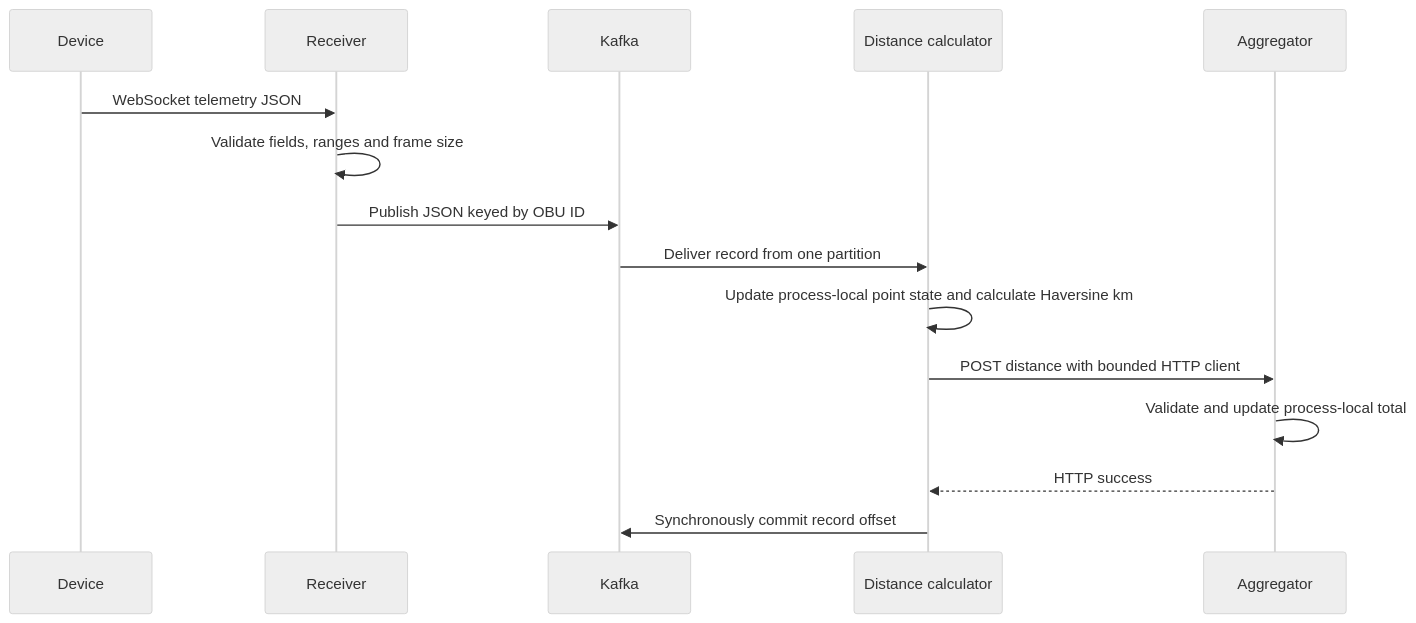
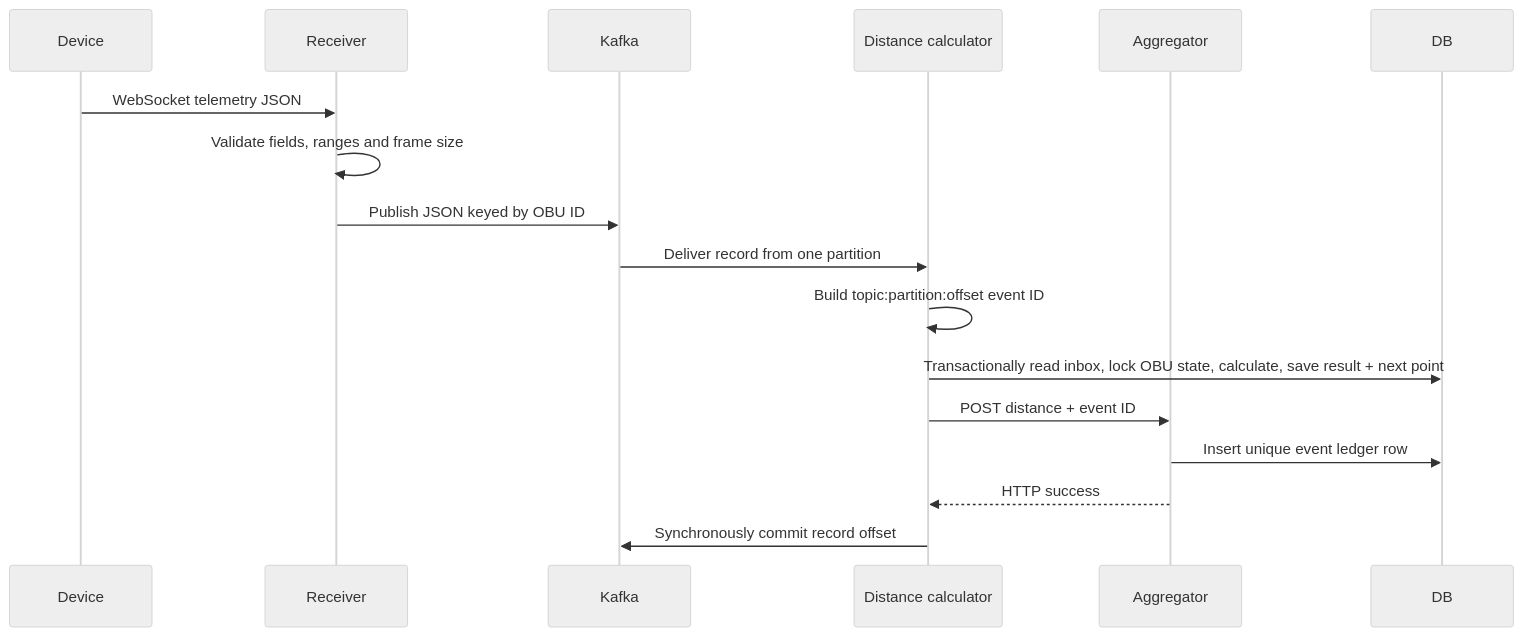
One commit to Tanmoy095/FleetToll-Engine changed the second of 2 diagrams in docs/architecture/HLD.md. Above: the diagram before and after it, drawn with Mermaid (neutral theme). The commit also changed other lines of this file and 5 other files, not shown here.

````diff
--- a/docs/architecture/HLD.md
+++ b/docs/architecture/HLD.md
@@ -34,17 +36,18 @@
 ```mermaid
 sequenceDiagram
   participant D as Device
   participant R as Receiver
   participant K as Kafka
   participant C as Distance calculator
   participant A as Aggregator
   D->>R: WebSocket telemetry JSON
   R->>R: Validate fields, ranges and frame size
   R->>K: Publish JSON keyed by OBU ID
   K->>C: Deliver record from one partition
-  C->>C: Update process-local point state and calculate Haversine km
-  C->>A: POST distance with bounded HTTP client
-  A->>A: Validate and update process-local total
+  C->>C: Build topic:partition:offset event ID
+  C->>DB: Transactionally read inbox, lock OBU state, calculate, save result + next point
+  C->>A: POST distance + event ID
+  A->>DB: Insert unique event ledger row
   A-->>C: HTTP success
   C->>K: Synchronously commit record offset
 ```
````
